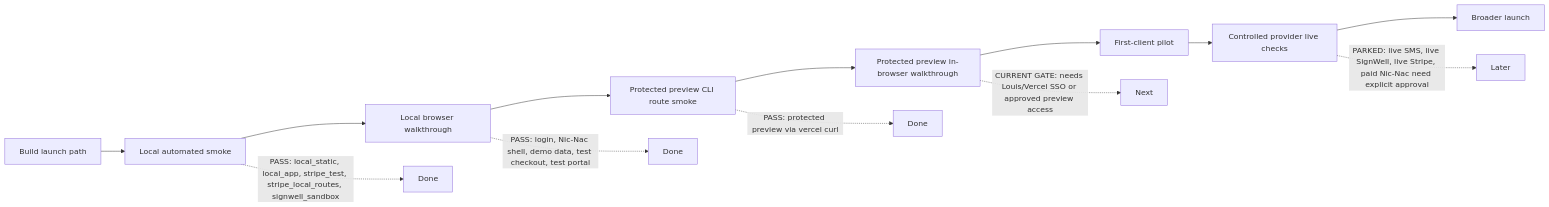
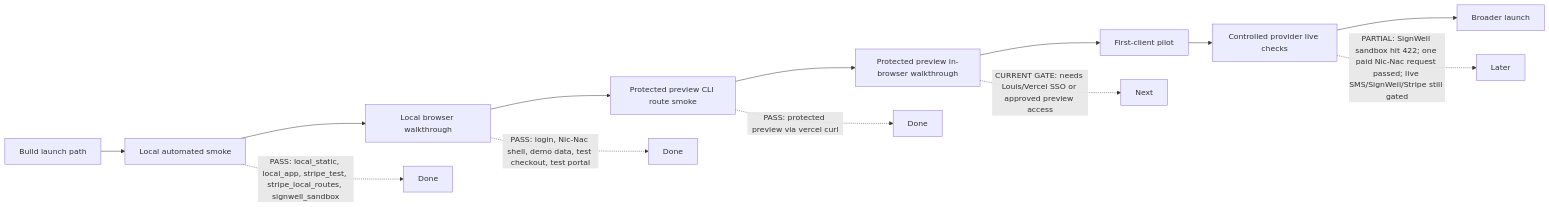
One commit to louis623/neon-rabbit-core changed the diagram in docs/sparkle-suite/launch-readiness-2026-05-18.md. Above: the diagram before and after it, drawn with Mermaid. The commit also changed other lines of this file and 4 other files, not shown here.

Commit message:
feat: add guarded Stripe live price setup

````diff
--- a/docs/sparkle-suite/launch-readiness-2026-05-18.md
+++ b/docs/sparkle-suite/launch-readiness-2026-05-18.md
@@ -39,16 +41,16 @@
 ```mermaid
 flowchart LR
   A["Build launch path"] --> B["Local automated smoke"]
   B --> C["Local browser walkthrough"]
   C --> D["Protected preview CLI route smoke"]
   D --> E["Protected preview in-browser walkthrough"]
   E --> F["First-client pilot"]
   F --> G["Controlled provider live checks"]
   G --> H["Broader launch"]
 
   B -. "PASS: local_static, local_app, stripe_test, stripe_local_routes, signwell_sandbox" .-> B1["Done"]
   C -. "PASS: login, Nic-Nac shell, demo data, test checkout, test portal" .-> C1["Done"]
   D -. "PASS: protected preview via vercel curl" .-> D1["Done"]
   E -. "CURRENT GATE: needs Louis/Vercel SSO or approved preview access" .-> E1["Next"]
-  G -. "PARKED: live SMS, live SignWell, live Stripe, paid Nic-Nac need explicit approval" .-> G1["Later"]
+  G -. "PARTIAL: SignWell sandbox hit 422; one paid Nic-Nac request passed; live SMS/SignWell/Stripe still gated" .-> G1["Later"]
 ```
````
